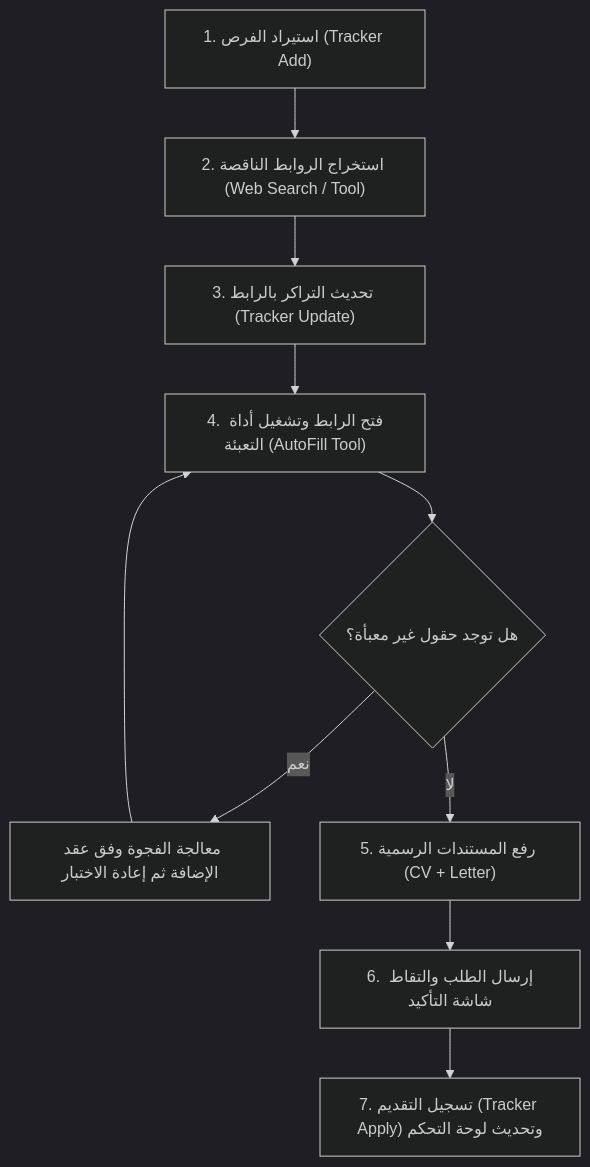
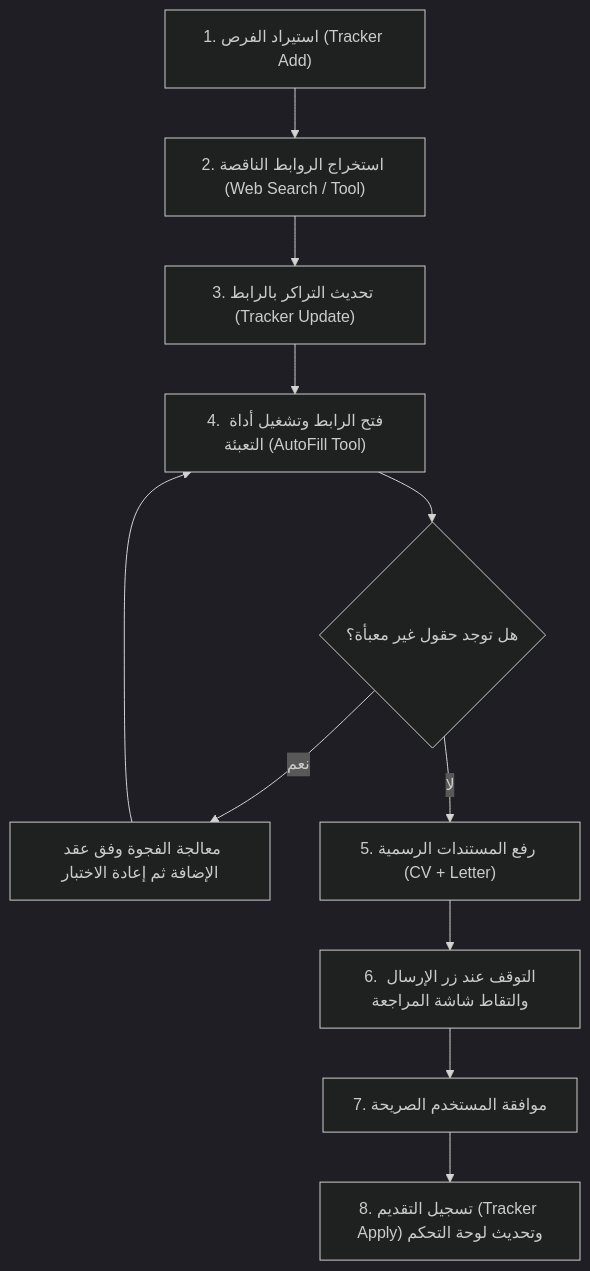
Before and after one commit to xXNJEEBXx/my_website: the diagram in .agent/workflows/coop-apply-bot.md, drawn with Mermaid (dark theme). The commit also changed other lines of this file and 4 other files, not shown here.

````diff
--- a/.agent/workflows/coop-apply-bot.md
+++ b/.agent/workflows/coop-apply-bot.md
@@ -31,12 +31,13 @@
 ```mermaid
 graph TD
     A["1. استيراد الفرص (Tracker Add)"] --> B["2. استخراج الروابط الناقصة (Web Search / Tool)"]
     B --> C["3. تحديث التراكر بالرابط (Tracker Update)"]
     C --> D["4. فتح الرابط وتشغيل أداة التعبئة (AutoFill Tool)"]
     D --> E{"هل توجد حقول غير معبأة؟"}
     E -- نعم --> F["معالجة الفجوة وفق عقد الإضافة ثم إعادة الاختبار"]
     F --> D
     E -- لا --> G["5. رفع المستندات الرسمية (CV + Letter)"]
-    G --> H["6. إرسال الطلب والتقاط شاشة التأكيد"]
-    H --> I["7. تسجيل التقديم (Tracker Apply) وتحديث لوحة التحكم"]
+    G --> H["6. التوقف عند زر الإرسال والتقاط شاشة المراجعة"]
+    H --> I["7. موافقة المستخدم الصريحة"]
+    I --> J["8. تسجيل التقديم (Tracker Apply) وتحديث لوحة التحكم"]
 ```
````
